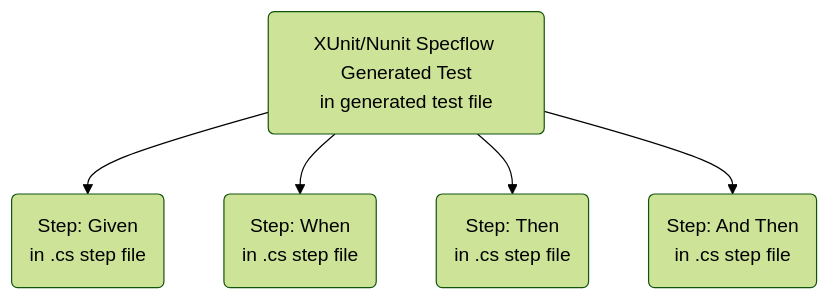
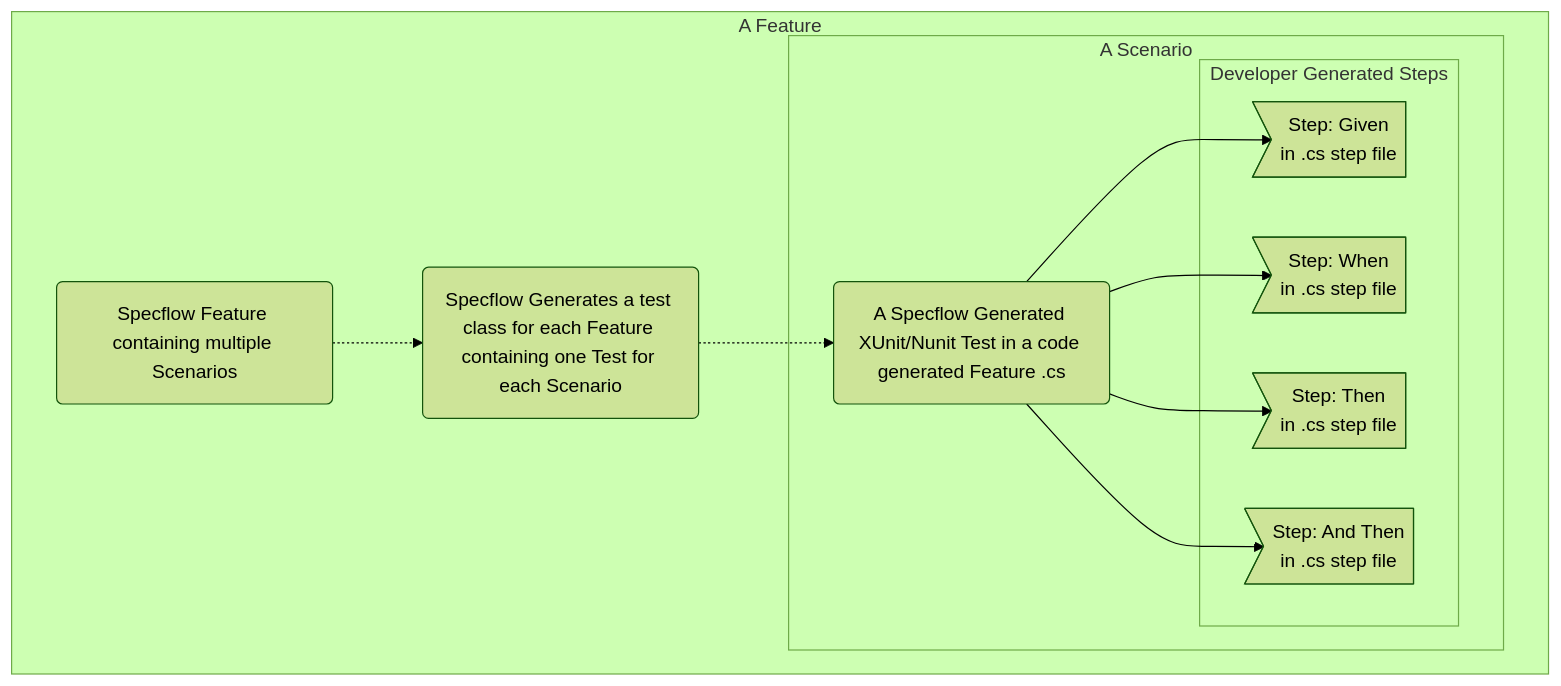
Before and after one commit to freemansoft/SimpleWebUITestEnvironment: the first of 6 diagrams in README.md, drawn with Mermaid (forest theme). The commit also changed other lines of this file, not shown here.

Commit message:
MOre doc updates for a video

````diff
--- a/README.md
+++ b/README.md
@@ -62,9 +62,21 @@
 ```mermaid
 graph TD
-    Test
-    Test(XUnit/Nunit Specflow Generated Test<br/>in generated test file);
-    Test --> GivenStep(Step: Given<br/>in .cs step file);
-    Test --> WhenStep(Step: When<br/>in .cs step file);
-    Test --> ThenStep(Step: Then<br/>in .cs step file);
-    Test --> Then2Step(Step: And Then<br/>in .cs step file);
-```
+    subgraph FeaturePieces[A Feature]
+    Feature(Specflow Feature containing multiple Scenarios)
+    FeatureTests(Specflow Generates a test class for each Feature containing one Test for each Scenario)
+        subgraph TestPieces[A Scenario]
+            Test(A Specflow Generated XUnit/Nunit Test in a code generated Feature .cs)
+            subgraph StepPieces[Developer Generated Steps]
+                GivenStep>Step: Given<br/>in .cs step file]
+                WhenStep>Step: When<br/>in .cs step file]
+                ThenStep>Step: Then<br/>in .cs step file]
+                Then2Step>Step: And Then<br/>in .cs step file]
+            end
+        end
+    end
+       Feature -.-> FeatureTests -.-> Test
+                Test --> GivenStep
+                Test --> WhenStep
+                Test --> ThenStep
+                Test --> Then2Step
+ ```
````
